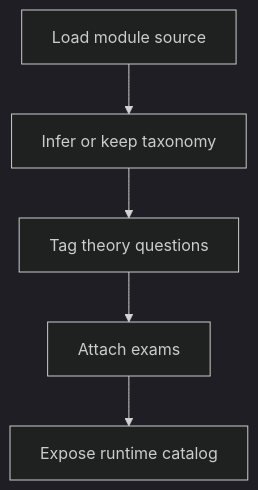
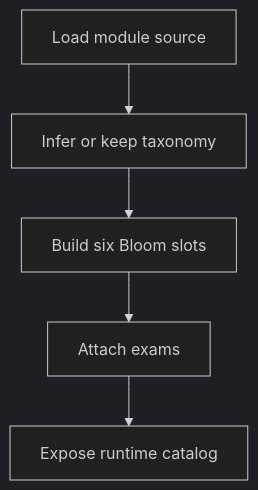
One commit to JohnAndrewBalbarosa/NeoTerritory changed the diagram in docs/Codebase/Frontend/src/data/learningModules.ts.md. Above: the diagram before and after it, drawn with Mermaid (dark theme). The commit also changed other lines of this file and 37 other files, not shown here.

````diff
--- a/docs/Codebase/Frontend/src/data/learningModules.ts.md
+++ b/docs/Codebase/Frontend/src/data/learningModules.ts.md
@@ -17,10 +17,10 @@
 ```mermaid
 flowchart TD
     Start["Load module source"]
     Infer["Infer or keep taxonomy"]
-    Tag["Tag theory questions"]
+    Tag["Build six Bloom slots"]
     Pack["Attach exams"]
     Catalog["Expose runtime catalog"]
 
     Start --> Infer --> Tag --> Pack --> Catalog
 ```
````
